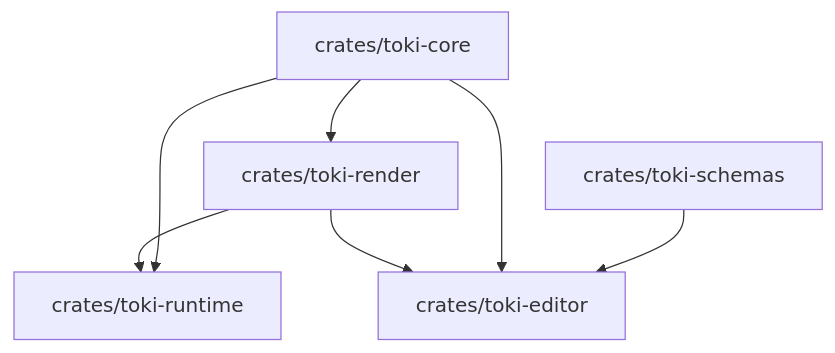
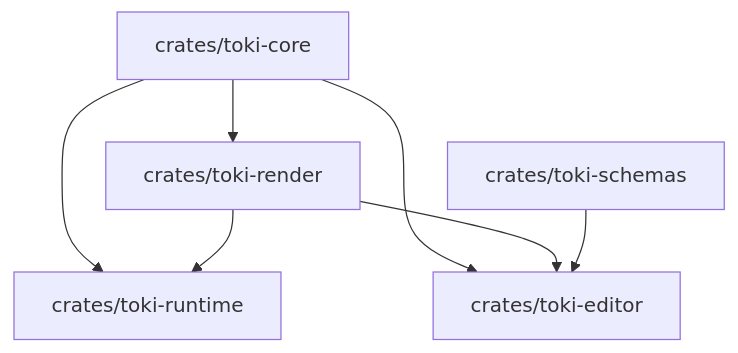
Before and after one commit to daredem0/ToKi: the third of 10 diagrams in docs/SDD_SAD.md, drawn with Mermaid. The commit also changed other lines of this file and 1 other file, not shown here.

````diff
--- a/docs/SDD_SAD.md
+++ b/docs/SDD_SAD.md
@@ -121,15 +139,15 @@
 ```mermaid
 flowchart TD
     SCHEMAS[crates/toki-schemas]
     CORE[crates/toki-core]
     RENDER[crates/toki-render]
     RUNTIME[crates/toki-runtime]
     EDITOR[crates/toki-editor]
 
-    SCHEMAS --> EDITOR
     CORE --> RENDER
     CORE --> RUNTIME
     CORE --> EDITOR
     RENDER --> RUNTIME
     RENDER --> EDITOR
+    SCHEMAS --> EDITOR
 ```
````
